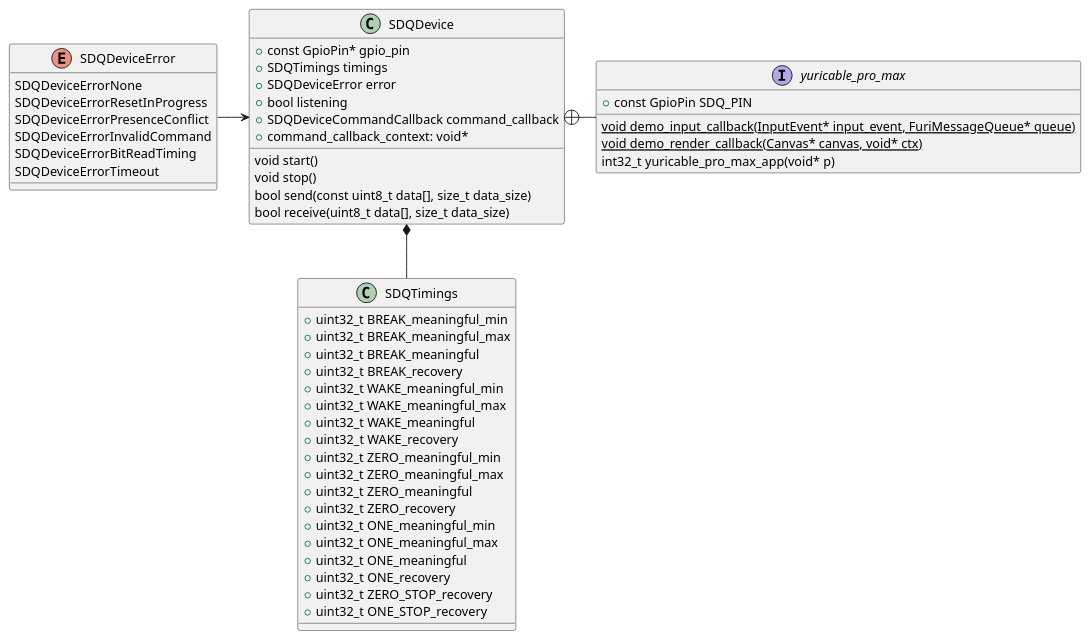
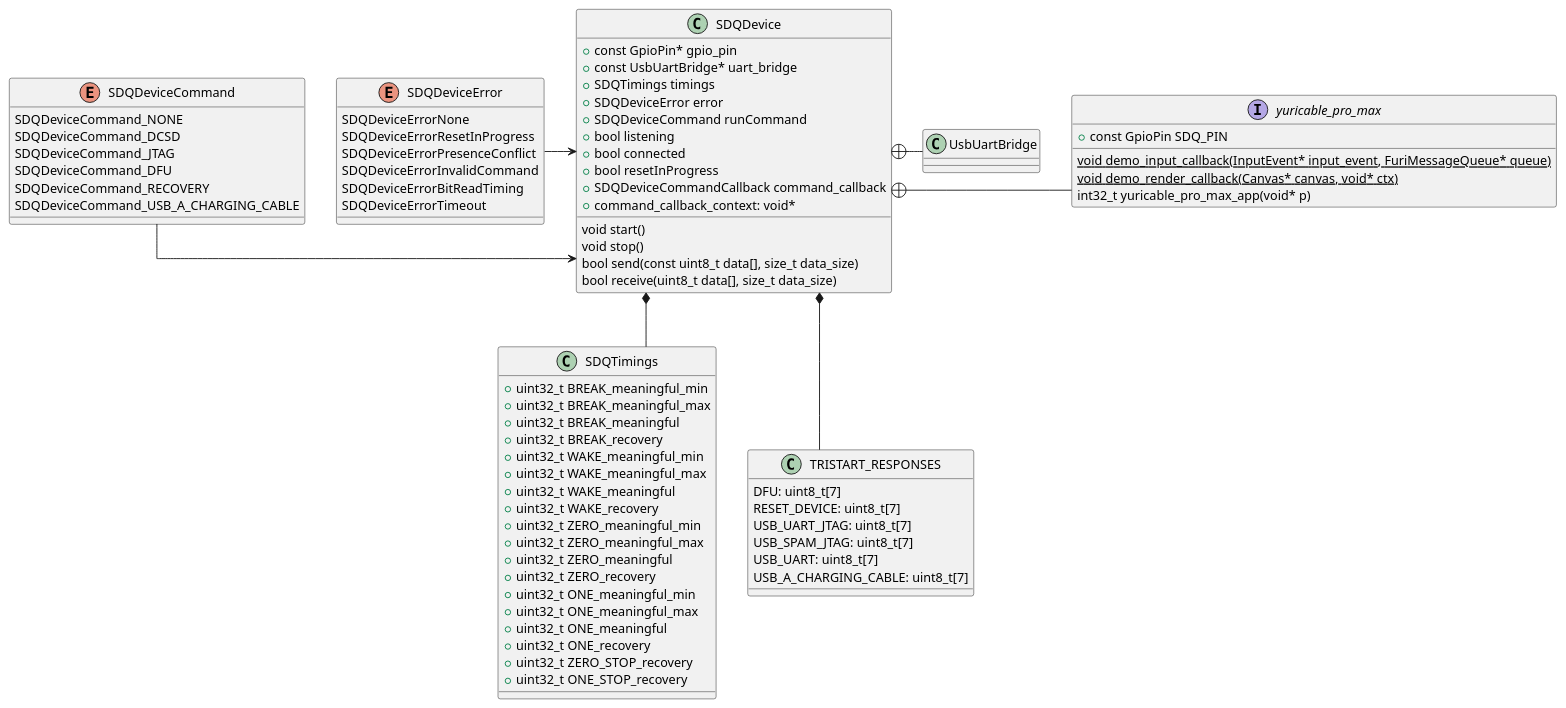
Before and after one commit to arag0re/fz-yuricable-pro-max: the first of 2 diagrams in README.md, drawn with PlantUML. The commit also changed other lines of this file and 11 other files, not shown here.

````diff
--- a/README.md
+++ b/README.md
@@ -165,9 +165,13 @@
 
 class SDQDevice {
     + const GpioPin* gpio_pin
+    + const UsbUartBridge* uart_bridge
     + SDQTimings timings
     + SDQDeviceError error
+    + SDQDeviceCommand runCommand
     + bool listening
+    + bool connected
+    + bool resetInProgress
     + SDQDeviceCommandCallback command_callback
     + command_callback_context: void*
     void start()
@@ -183,6 +187,15 @@
     SDQDeviceErrorInvalidCommand
     SDQDeviceErrorBitReadTiming
     SDQDeviceErrorTimeout
+}
+
+enum SDQDeviceCommand {
+    SDQDeviceCommand_NONE
+    SDQDeviceCommand_DCSD
+    SDQDeviceCommand_JTAG
+    SDQDeviceCommand_DFU
+    SDQDeviceCommand_RECOVERY
+    SDQDeviceCommand_USB_A_CHARGING_CABLE
 }
 
 class SDQTimings {
@@ -206,6 +219,19 @@
     + uint32_t ONE_STOP_recovery
 }
 
+class TRISTART_RESPONSES {
+    DFU: uint8_t[7]
+    RESET_DEVICE: uint8_t[7]
+    USB_UART_JTAG: uint8_t[7]
+    USB_SPAM_JTAG: uint8_t[7]
+    USB_UART: uint8_t[7]
+    USB_A_CHARGING_CABLE: uint8_t[7]
+}
+
+class UsbUartBridge {
+
+}
+
 interface yuricable_pro_max {
     + const GpioPin SDQ_PIN
     {static} void demo_input_callback(InputEvent* input_event, FuriMessageQueue* queue)
@@ -214,8 +240,11 @@
 }
 
 SDQDevice *-- SDQTimings
+SDQDevice *-- TRISTART_RESPONSES
 SDQDevice <-left- SDQDeviceError
+SDQDevice <-left- SDQDeviceCommand
 SDQDevice +-right- yuricable_pro_max
+SDQDevice +-right- UsbUartBridge
 
 @enduml
 ```
````
